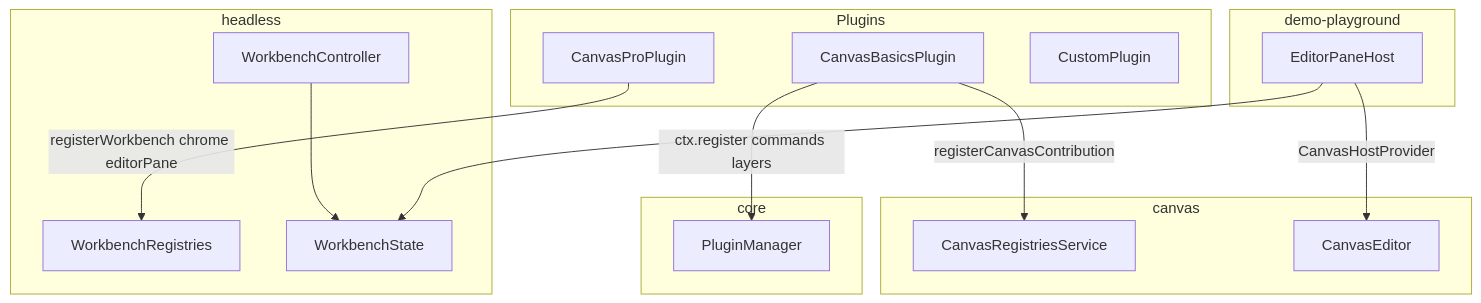
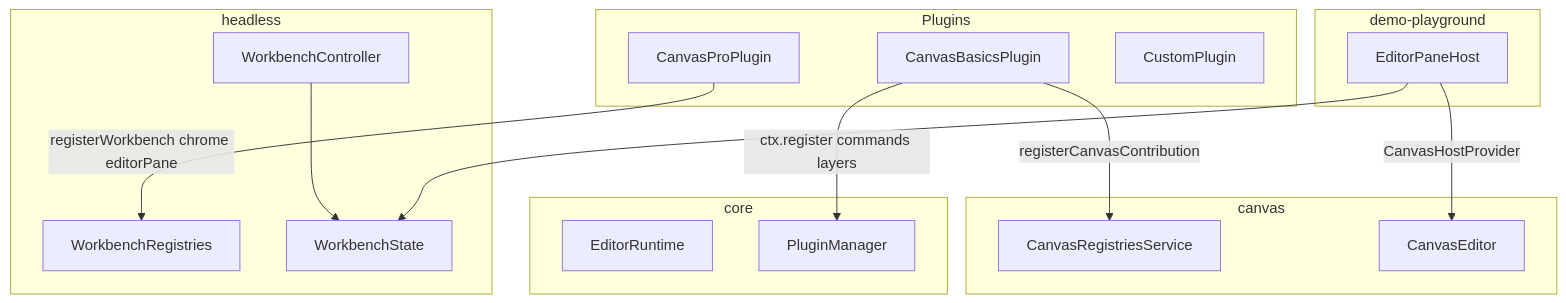
One commit to openenvx/editor changed the first of 2 diagrams in Architecture.md. Above: the diagram before and after it, drawn with Mermaid. The commit also changed other lines of this file and 19 other files, not shown here.

First line of the commit message:
feat: enhance core and headless architecture with EditorRuntime integration

````diff
--- a/Architecture.md
+++ b/Architecture.md
@@ -66,29 +69,30 @@
 ```mermaid
 flowchart TB
   subgraph plugins [Plugins]
     CanvasBasics[CanvasBasicsPlugin]
     CanvasPro[CanvasProPlugin]
     Custom[CustomPlugin]
   end
   subgraph canvasPkg [canvas]
     Registries[CanvasRegistriesService]
     CanvasEditor[CanvasEditor]
   end
   subgraph coreHost [core]
+    Runtime[EditorRuntime]
     PluginHost[PluginManager]
   end
   subgraph headlessPkg [headless]
     WbRegs[WorkbenchRegistries]
     Controller[WorkbenchController]
     State[WorkbenchState]
   end
   subgraph app [demo-playground]
     PaneHost[EditorPaneHost]
   end
   CanvasBasics -->|ctx.register commands layers| PluginHost
   CanvasBasics -->|registerCanvasContribution| Registries
   CanvasPro -->|registerWorkbench chrome editorPane| WbRegs
   Controller --> State
   PaneHost -->|CanvasHostProvider| CanvasEditor
   PaneHost --> State
 ```
````
